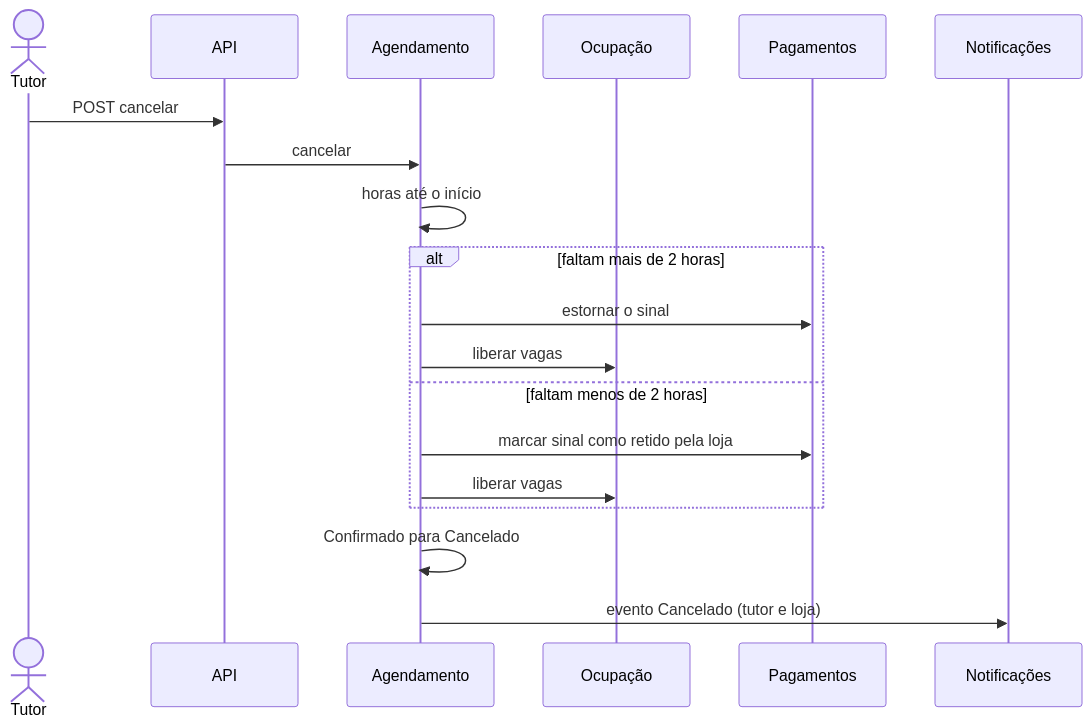
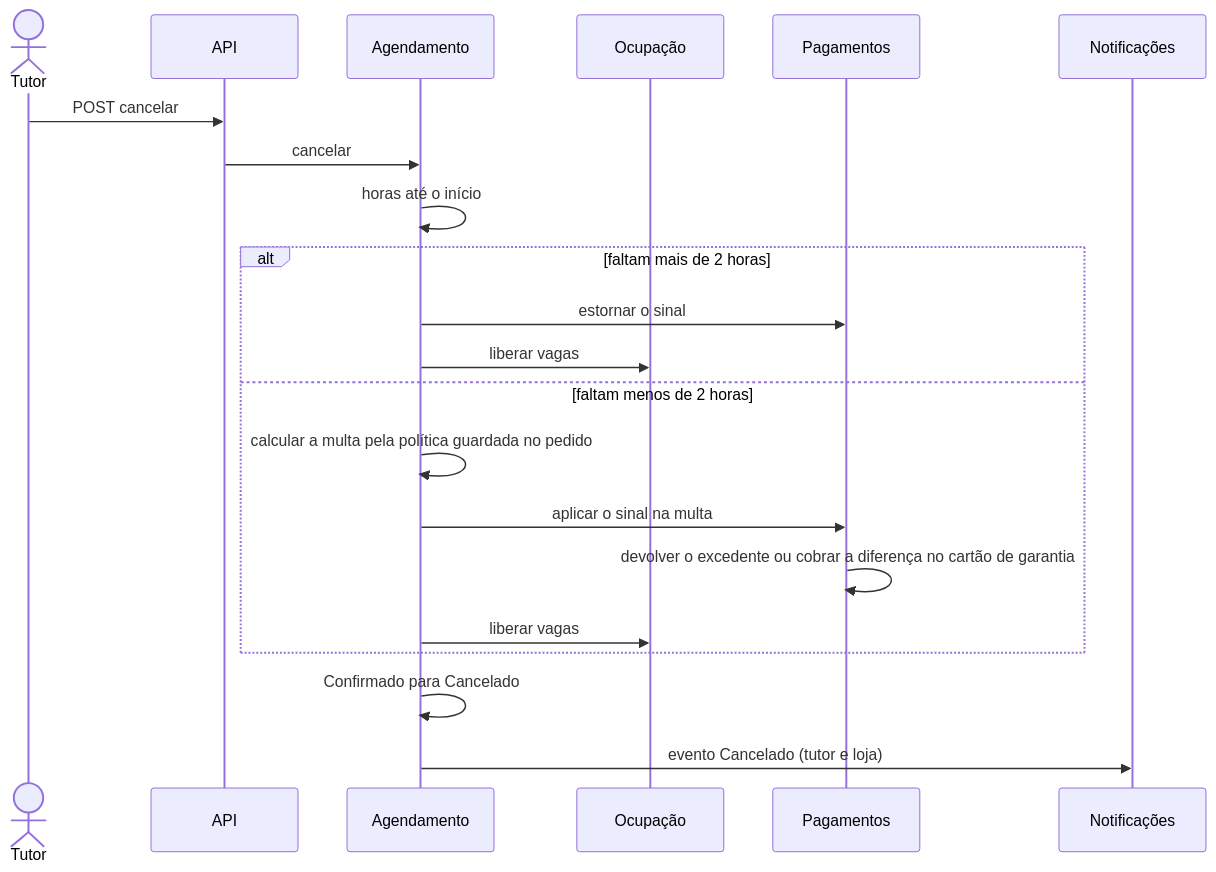
One commit to GabrielVogado/pet-shop changed the sixth of 8 diagrams in Documentos/02-arquitetura-tecnica/Diagramas-de-Engenharia-v2.0.md. Above: the diagram before and after it, drawn with Mermaid. The commit also changed other lines of this file and 6 other files, not shown here.

Commit message:
docs: sinal e multa definidos pela loja (RN-56 a RN-58)

````diff
--- a/Documentos/02-arquitetura-tecnica/Diagramas-de-Engenharia-v2.0.md
+++ b/Documentos/02-arquitetura-tecnica/Diagramas-de-Engenharia-v2.0.md
@@ -157,22 +172,24 @@
 ```mermaid
 sequenceDiagram
   actor T as Tutor
   participant A as API
   participant G as Agendamento
   participant O as Ocupação
   participant P as Pagamentos
   participant N as Notificações
 
   T->>A: POST cancelar
   A->>G: cancelar
   G->>G: horas até o início
   alt faltam mais de 2 horas
     G->>P: estornar o sinal
     G->>O: liberar vagas
   else faltam menos de 2 horas
-    G->>P: marcar sinal como retido pela loja
+    G->>G: calcular a multa pela política guardada no pedido
+    G->>P: aplicar o sinal na multa
+    P->>P: devolver o excedente ou cobrar a diferença no cartão de garantia
     G->>O: liberar vagas
   end
   G->>G: Confirmado para Cancelado
   G->>N: evento Cancelado (tutor e loja)
 ```
````
